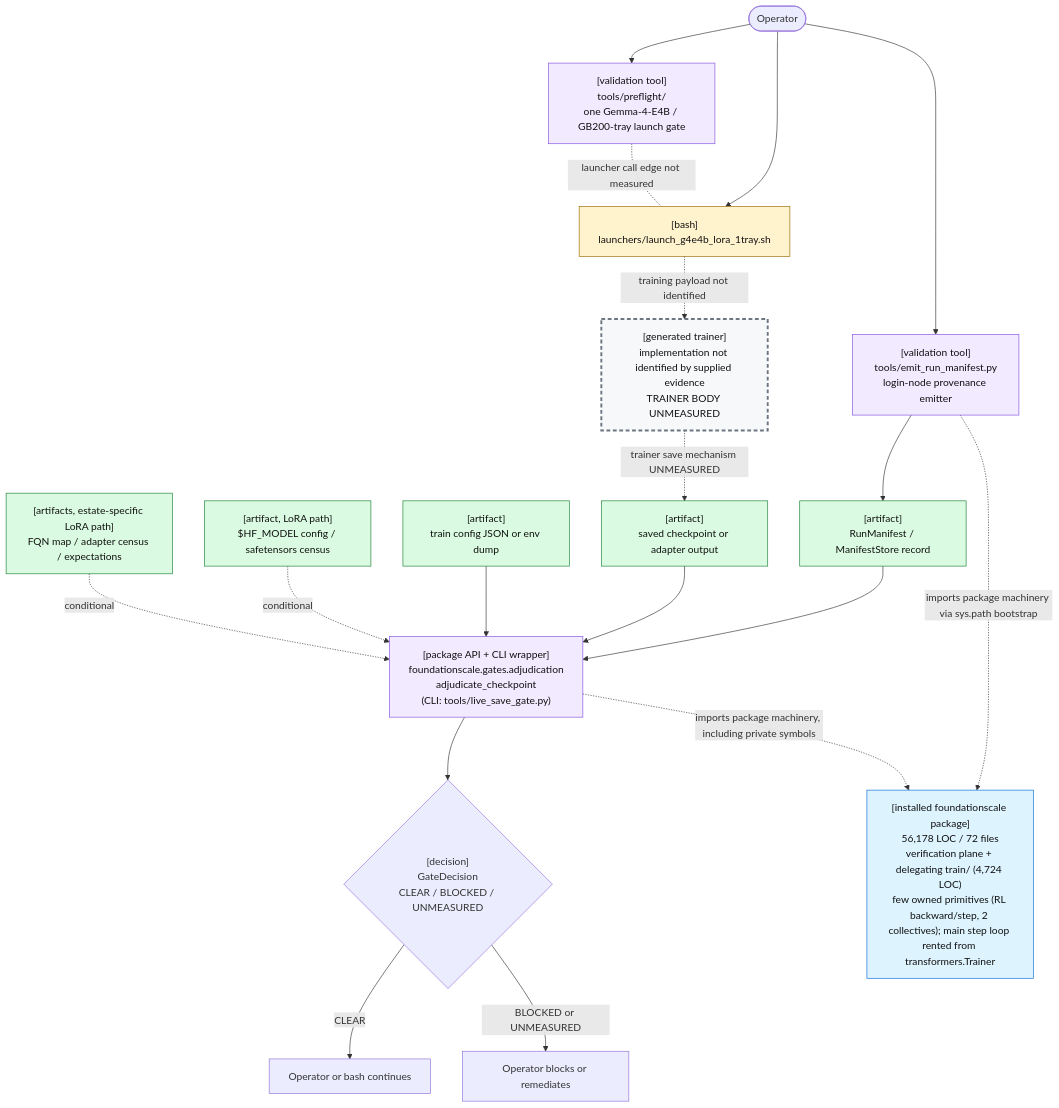
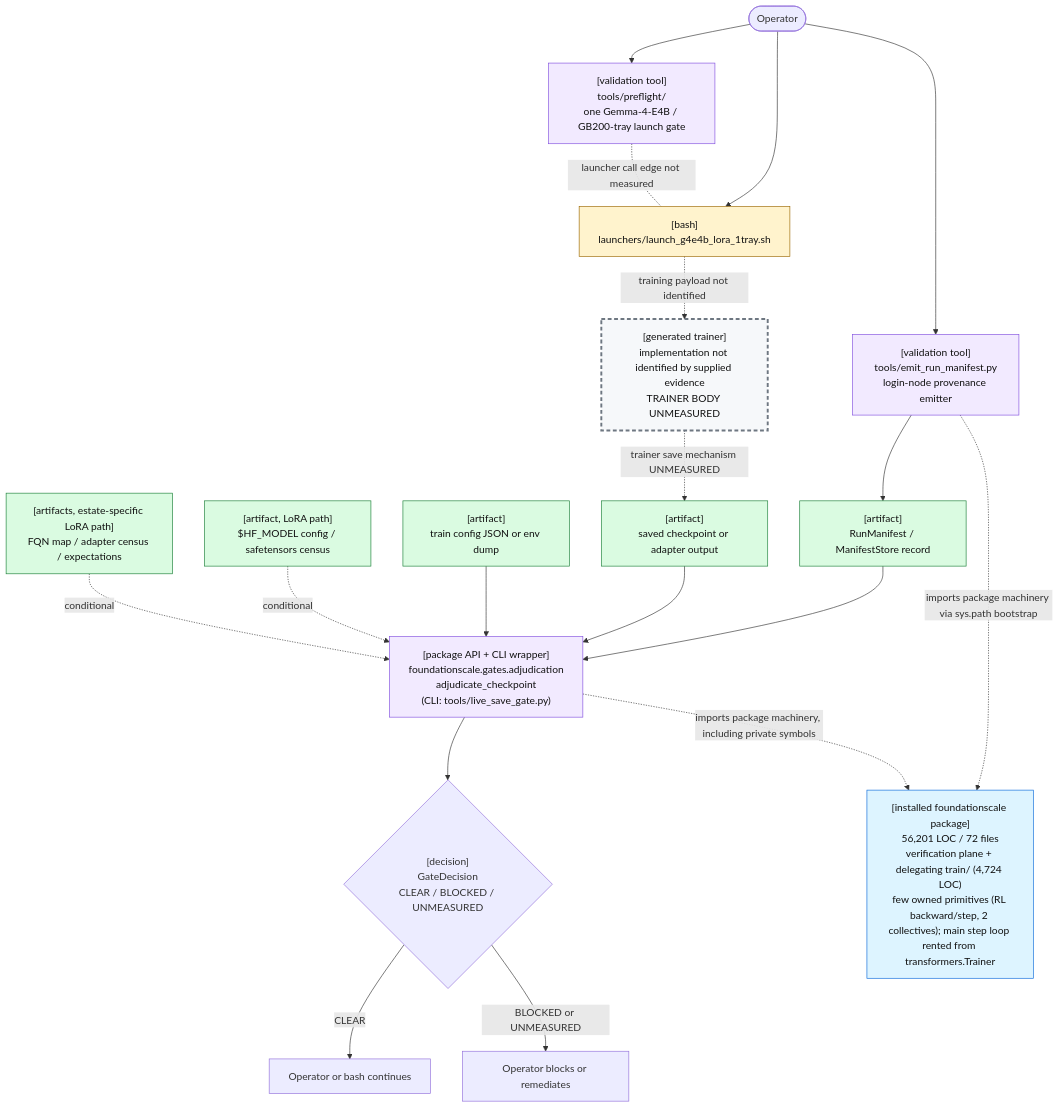
The first of 2 diagrams in docs/review/D2_current_architecture.md (TranNhiem/FoundationScale), drawn with Mermaid before and after one commit. The commit also changed other lines of this file and 12 other files, not shown here.

````diff
--- a/docs/review/D2_current_architecture.md
+++ b/docs/review/D2_current_architecture.md
@@ -25,59 +25,59 @@
 ```mermaid
 flowchart TB
   O(["Operator"])
 
   PF["[validation tool]<br/>tools/preflight/<br/>one Gemma-4-E4B / GB200-tray launch gate"]
   L["[bash]<br/>launchers/launch_g4e4b_lora_1tray.sh"]
 
   E["[validation tool]<br/>tools/emit_run_manifest.py<br/>login-node provenance emitter"]
   M["[artifact]<br/>RunManifest / ManifestStore record"]
 
   T["[generated trainer]<br/>implementation not identified by supplied evidence<br/>TRAINER BODY UNMEASURED"]
   C["[artifact]<br/>saved checkpoint or adapter output"]
 
   G["[package API + CLI wrapper]<br/>foundationscale.gates.adjudication<br/>adjudicate_checkpoint<br/>(CLI: tools/live_save_gate.py)"]
   CFG["[artifact]<br/>train config JSON or env dump"]
   BASE["[artifact, LoRA path]<br/>$HF_MODEL config / safetensors census"]
   CEN["[artifacts, estate-specific LoRA path]<br/>FQN map / adapter census / expectations"]
 
   D{"[decision]<br/>GateDecision<br/>CLEAR / BLOCKED / UNMEASURED"}
   OK["Operator or bash continues"]
   NO["Operator blocks or remediates"]
 
-  PKG["[installed foundationscale package]<br/>56,178 LOC / 72 files<br/>verification plane + delegating train/ (4,724 LOC)<br/>few owned primitives (RL backward/step, 2 collectives); main step loop rented from transformers.Trainer"]
+  PKG["[installed foundationscale package]<br/>56,201 LOC / 72 files<br/>verification plane + delegating train/ (4,724 LOC)<br/>few owned primitives (RL backward/step, 2 collectives); main step loop rented from transformers.Trainer"]
 
   O --> PF
   O --> L
   PF -. "launcher call edge not measured" .- L
 
   O --> E
   E --> M
 
   L -. "training payload not identified" .-> T
   T -. "trainer save mechanism UNMEASURED" .-> C
 
   M --> G
   C --> G
   CFG --> G
   BASE -. "conditional" .-> G
   CEN -. "conditional" .-> G
 
   E -. "imports package machinery via sys.path bootstrap" .-> PKG
   G -. "imports package machinery, including private symbols" .-> PKG
 
   G --> D
   D -->|"CLEAR"| OK
   D -->|"BLOCKED or UNMEASURED"| NO
 
   classDef bash fill:#fff3cd,stroke:#9a6700,color:#111;
   classDef tool fill:#f2eaff,stroke:#8250df,color:#111;
   classDef artifact fill:#dafbe1,stroke:#1a7f37,color:#111;
   classDef gap fill:#f6f8fa,stroke:#6e7781,stroke-width:3px,stroke-dasharray: 6 4,color:#111;
   classDef pkg fill:#ddf4ff,stroke:#0969da,color:#111;
 
   class L bash;
   class PF,E,G tool;
   class M,C,CFG,BASE,CEN artifact;
   class T gap;
   class PKG pkg;
 ```
````
